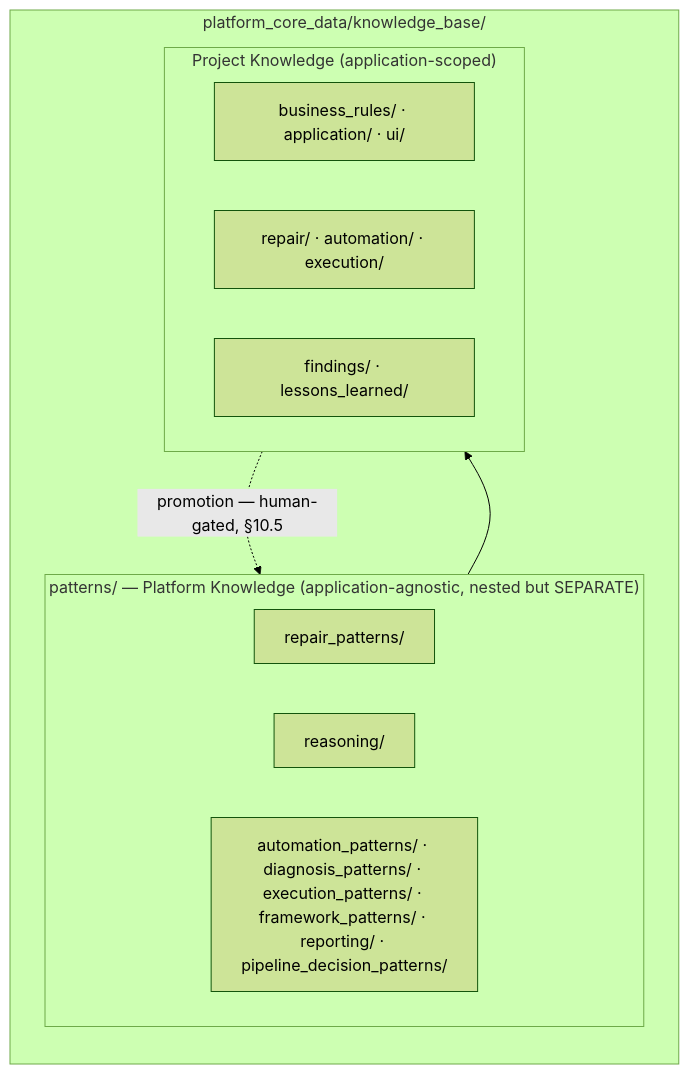
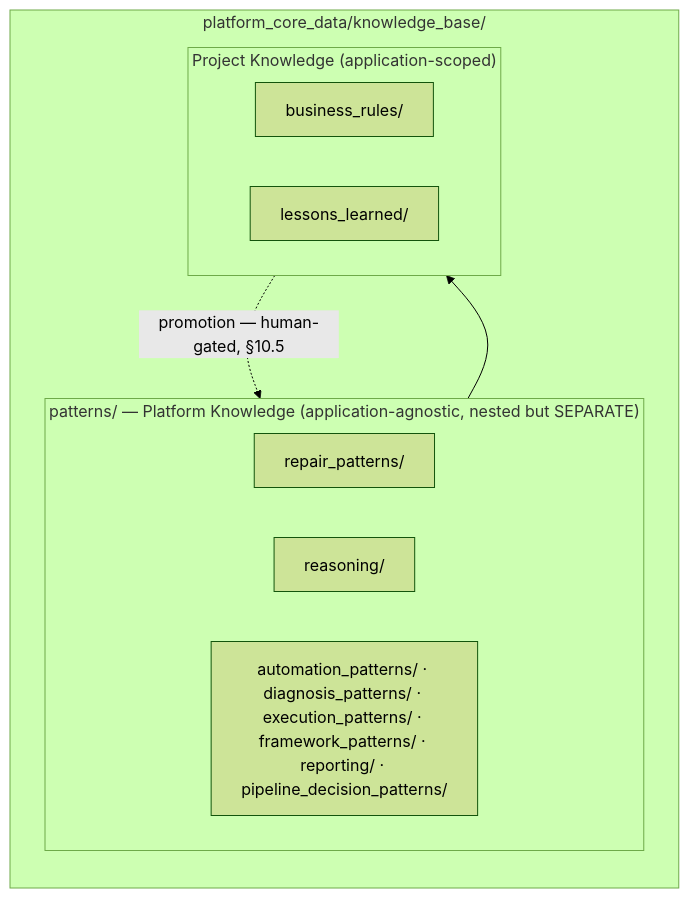
Before and after one commit to HusseinAtaHussein1/AISeatMap: the eighth of 10 diagrams in README.md, drawn with Mermaid (forest theme). The commit also changed other lines of this file and 11 other files, not shown here.

````diff
--- a/README.md
+++ b/README.md
@@ -585,18 +614,17 @@
 ```mermaid
 flowchart LR
     subgraph KB["platform_core_data/knowledge_base/"]
         subgraph Platform["patterns/ — Platform Knowledge (application-agnostic, nested but SEPARATE)"]
             RP["repair_patterns/"]
             RS["reasoning/"]
             OTH["automation_patterns/ · diagnosis_patterns/ · execution_patterns/ · framework_patterns/ · reporting/ · pipeline_decision_patterns/"]
         end
         subgraph ProjA["Project Knowledge (application-scoped)"]
-            A1["business_rules/ · application/ · ui/"]
-            A2["repair/ · automation/ · execution/"]
-            A3["findings/ · lessons_learned/"]
+            A1["business_rules/"]
+            A3["lessons_learned/"]
         end
     end
 
     Platform --> ProjA
     ProjA -. "promotion — human-gated, §10.5" .-> Platform
 ```
````
